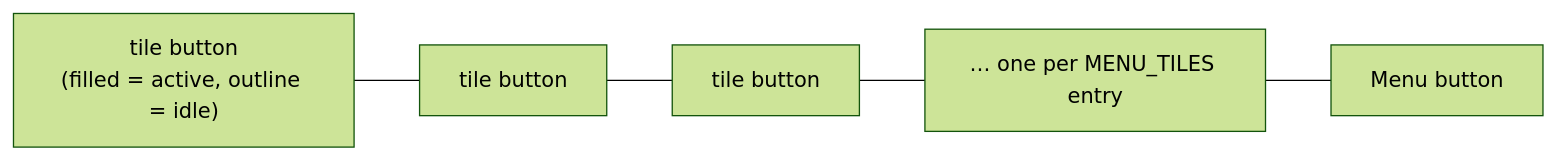
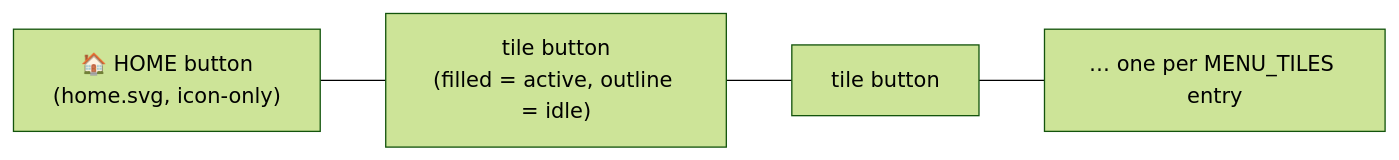
The second of 2 diagrams in gui/__flow/menu.md (UVuruna/Prompt-Painter), drawn with Mermaid (forest theme) before and after one commit. The commit also changed other lines of this file and 15 other files, not shown here.

First line of the commit message:
0.0.200 UI rework phase 1 — fixed 4x2 menu grid + computed minsize, HOME icon + responsive icon-only nav strip

````diff
--- a/gui/__flow/menu.md
+++ b/gui/__flow/menu.md
@@ -43,10 +43,9 @@
 ```mermaid
 %%{init: {'flowchart': {'subGraphTitleMargin': {'top': 0, 'bottom': 35}}}}%%
 flowchart LR
+    HM["🏠 HOME button<br/>(home.svg, icon-only)"]
     B1["tile button<br/>(filled = active, outline = idle)"]
     B2["tile button"]
-    B3["tile button"]
     Bn["… one per MENU_TILES entry"]
-    MB["Menu button"]
-    B1 --- B2 --- B3 --- Bn --- MB
+    HM --- B1 --- B2 --- Bn
 ```
````
